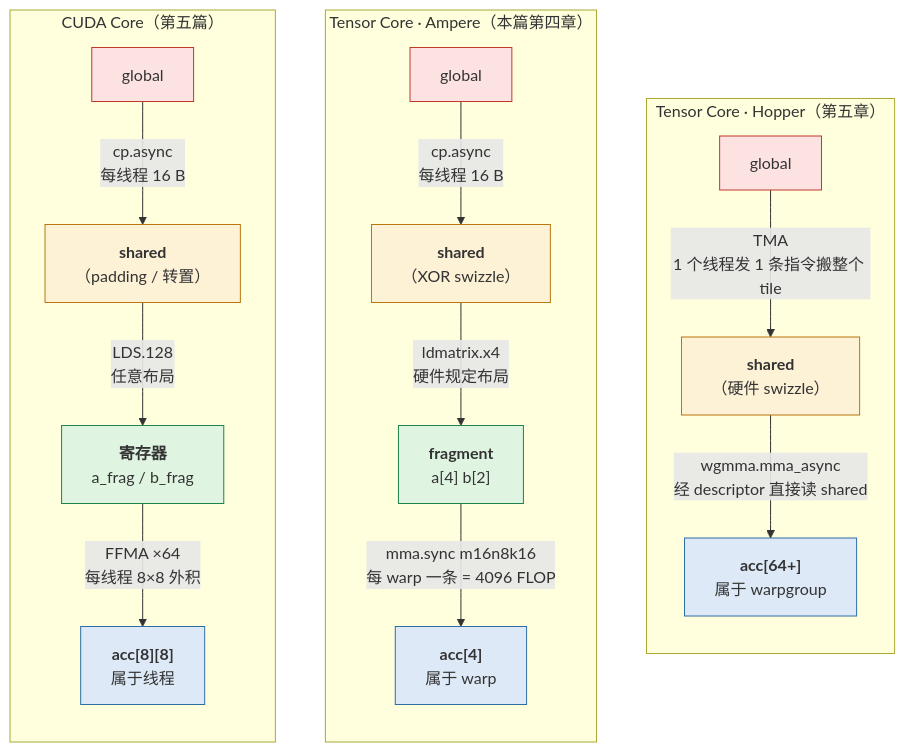
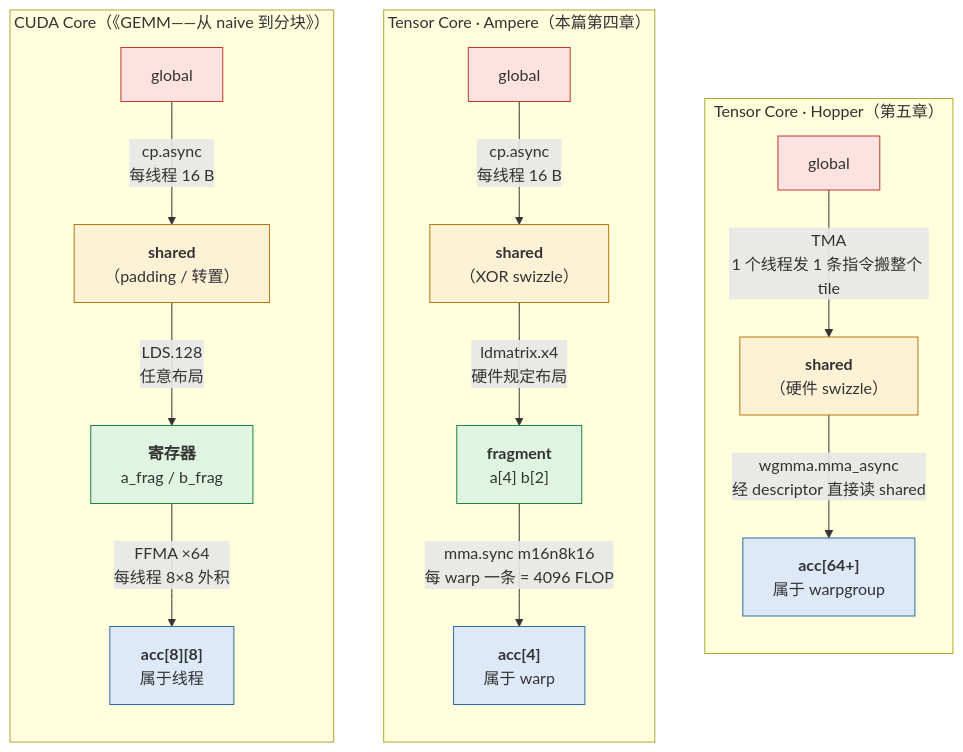
The first of 3 diagrams in _posts/2026-05-16-tensor-cores-cutlass-and-cute.md (arganzheng/arganzheng.github.com), drawn with Mermaid before and after one commit. The commit also changed other lines of this file, not shown here.

First line of the commit message:
GPU Kernel 工程（06）：总览图补逐节点要点与对象表，改正自测的 bank conflict 路数与两处指错的篇号

````diff
--- a/_posts/2026-05-16-tensor-cores-cutlass-and-cute.md
+++ b/_posts/2026-05-16-tensor-cores-cutlass-and-cute.md
@@ -38,31 +38,31 @@
 ```mermaid
 %% 图：三条 GEMM 数据流的演化：CUDA Core 的 FFMA、Ampere 的 mma.sync、Hopper 的 TMA + wgmma
 flowchart LR
-    subgraph cc["CUDA Core（第五篇）"]
+    subgraph cc["CUDA Core（《GEMM——从 naive 到分块》）"]
         direction TB
         g1["global"] -- "cp.async<br/>每线程 16 B" --> s1["<b>shared</b><br/>（padding / 转置）"]
         s1 -- "LDS.128<br/>任意布局" --> r1["<b>寄存器</b><br/>a_frag / b_frag"]
         r1 -- "FFMA ×64<br/>每线程 8×8 外积" --> acc1["<b>acc[8][8]</b><br/>属于线程"]
     end
     subgraph amp["Tensor Core · Ampere（本篇第四章）"]
         direction TB
         g2["global"] -- "cp.async<br/>每线程 16 B" --> s2["<b>shared</b><br/>（XOR swizzle）"]
         s2 -- "ldmatrix.x4<br/>硬件规定布局" --> r2["<b>fragment</b><br/>a[4] b[2]"]
         r2 -- "mma.sync m16n8k16<br/>每 warp 一条 = 4096 FLOP" --> acc2["<b>acc[4]</b><br/>属于 warp"]
     end
     subgraph hop["Tensor Core · Hopper（第五章）"]
         direction TB
         g3["global"] -- "TMA<br/>1 个线程发 1 条指令搬整个 tile" --> s3["<b>shared</b><br/>（硬件 swizzle）"]
         s3 -- "wgmma.mma_async<br/>经 descriptor 直接读 shared" --> acc3["<b>acc[64+]</b><br/>属于 warpgroup"]
     end
     cc ~~~ amp ~~~ hop
 
     classDef mem fill:#fde2e2,stroke:#c0392b
     classDef smem fill:#fdf1d6,stroke:#b9770e
     classDef reg fill:#dff5e1,stroke:#1e8449
     classDef acc fill:#dde9f7,stroke:#2e6da4
     class g1,g2,g3 mem
     class s1,s2,s3 smem
     class r1,r2 reg
     class acc1,acc2,acc3 acc
 ```
````
